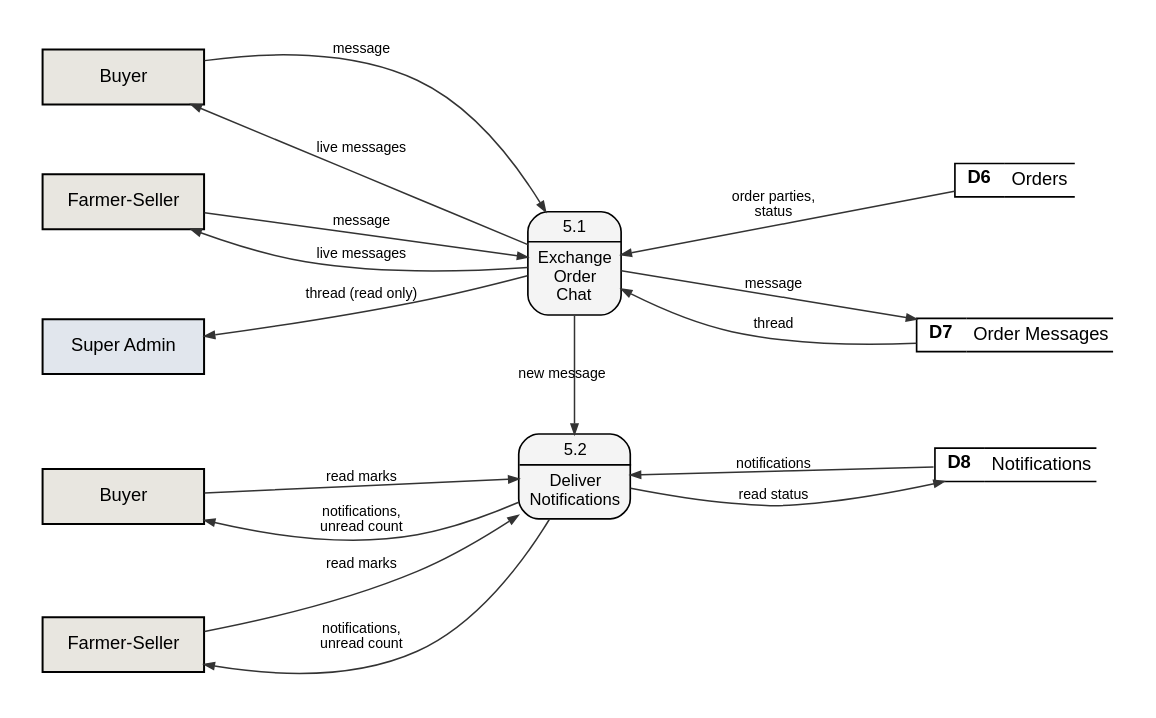
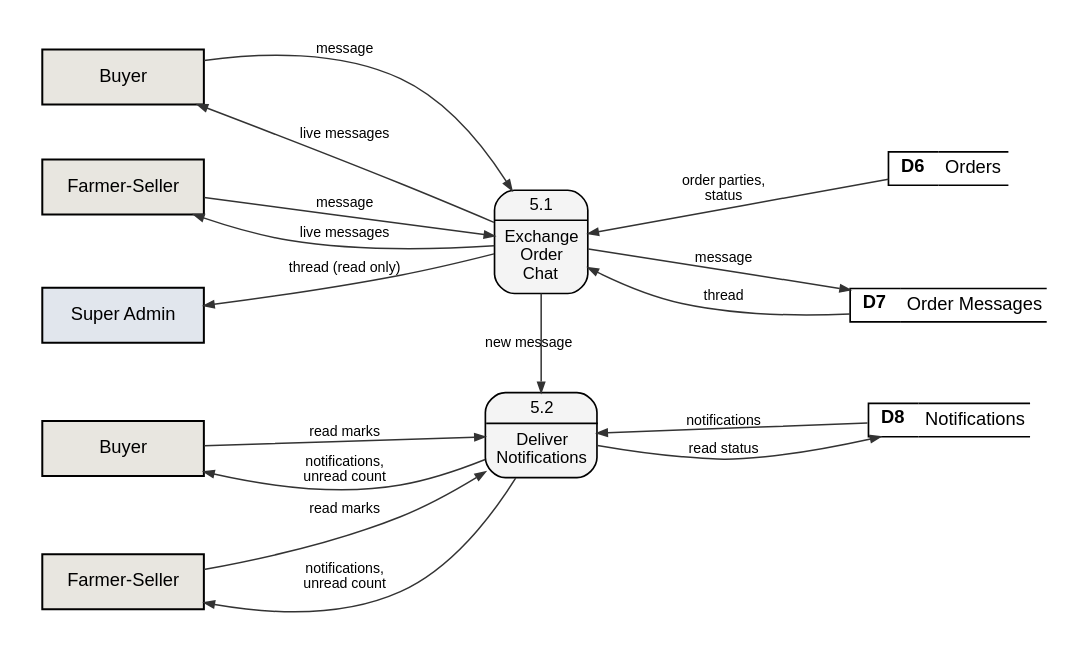
One commit to shawncastaneda11-commits/anihow-backend changed the diagram in docs/manuscript/figures/src/fig6_2_5_dfd_level2.dot. Above: the diagram before and after it, drawn with Graphviz. The commit also changed 40 other files, not shown here.

First line of the commit message:
docs(manuscript): tune diagram spacing to keep on-page text larger

```diff
--- a/docs/manuscript/figures/src/fig6_2_5_dfd_level2.dot
+++ b/docs/manuscript/figures/src/fig6_2_5_dfd_level2.dot
@@ -1,35 +1,35 @@
 // Data flow diagram, level 2, process 5.0 Coordinate Orders and Notify.
 digraph G {
-  graph [rankdir=LR, nodesep=0.5, ranksep=1.7, pad=0.25, fontname="Liberation Sans", newrank=true, splines=spline, concentrate=false];
+  graph [rankdir=LR, nodesep=0.42, ranksep=1.4, pad=0.25, fontname="Liberation Sans", newrank=true, splines=spline, concentrate=false];
   node  [fontname="Liberation Sans", fontsize=11];
   edge  [penwidth=0.9, arrowsize=0.6, color="#333333", fontname="Liberation Sans", fontsize=8.5];
   q5a [shape=plaintext, margin=0, width=0, height=0, label=<<TABLE STYLE="ROUNDED" BORDER="1" CELLBORDER="0" CELLSPACING="0" CELLPADDING="3" BGCOLOR="#F4F4F4"><TR><TD><FONT POINT-SIZE="10.5">5.1</FONT></TD></TR><HR/><TR><TD CELLPADDING="5"><FONT POINT-SIZE="10.5">Exchange<BR/>Order<BR/>Chat</FONT></TD></TR></TABLE>>];
   by_q5a [shape=box, style=filled, fillcolor="#E8E6E0", penwidth=1.2, width=1.35, height=0.46, label="Buyer", comment="gsdup"];
   fs_q5a [shape=box, style=filled, fillcolor="#E8E6E0", penwidth=1.2, width=1.35, height=0.46, label="Farmer-Seller", comment="gsdup"];
   D6_q5a [shape=plaintext, margin=0, width=0, height=0, label=<<TABLE BORDER="0" CELLBORDER="1" CELLSPACING="0" CELLPADDING="3"><TR><TD SIDES="TBL" WIDTH="30"><B>D6</B></TD><TD SIDES="TB" ALIGN="LEFT">Orders</TD></TR></TABLE>>];
   D7_q5a [shape=plaintext, margin=0, width=0, height=0, label=<<TABLE BORDER="0" CELLBORDER="1" CELLSPACING="0" CELLPADDING="3"><TR><TD SIDES="TBL" WIDTH="30"><B>D7</B></TD><TD SIDES="TB" ALIGN="LEFT">Order Messages</TD></TR></TABLE>>];
   sa_q5a [shape=box, style=filled, fillcolor="#E1E6ED", penwidth=1.2, width=1.35, height=0.46, label="Super Admin"];
   q5b [shape=plaintext, margin=0, width=0, height=0, label=<<TABLE STYLE="ROUNDED" BORDER="1" CELLBORDER="0" CELLSPACING="0" CELLPADDING="3" BGCOLOR="#F4F4F4"><TR><TD><FONT POINT-SIZE="10.5">5.2</FONT></TD></TR><HR/><TR><TD CELLPADDING="5"><FONT POINT-SIZE="10.5">Deliver<BR/>Notifications</FONT></TD></TR></TABLE>>];
   by_q5b [shape=box, style=filled, fillcolor="#E8E6E0", penwidth=1.2, width=1.35, height=0.46, label="Buyer", comment="gsdup"];
   fs_q5b [shape=box, style=filled, fillcolor="#E8E6E0", penwidth=1.2, width=1.35, height=0.46, label="Farmer-Seller", comment="gsdup"];
   D8_q5b [shape=plaintext, margin=0, width=0, height=0, label=<<TABLE BORDER="0" CELLBORDER="1" CELLSPACING="0" CELLPADDING="3"><TR><TD SIDES="TBL" WIDTH="30"><B>D8</B></TD><TD SIDES="TB" ALIGN="LEFT">Notifications</TD></TR></TABLE>>];
   by_q5a -> q5a [label="message"];
   fs_q5a -> q5a [label="message"];
   q5a -> D6_q5a [label="order parties,\nstatus", dir=back];
   q5a -> D7_q5a [label="message"];
   q5a -> D7_q5a [label="thread", dir=back];
   by_q5a -> q5a [label="live messages", dir=back];
   fs_q5a -> q5a [label="live messages", dir=back];
   sa_q5a -> q5a [label="thread (read only)", dir=back];
   q5a -> q5b [label="new message", constraint=false];
   q5b -> D8_q5b [label="notifications", dir=back];
   by_q5b -> q5b [label="read marks"];
   fs_q5b -> q5b [label="read marks"];
   q5b -> D8_q5b [label="read status"];
   by_q5b -> q5b [label="notifications,\nunread count", dir=back];
   fs_q5b -> q5b [label="notifications,\nunread count", dir=back];
   {rank=same; by_q5a; fs_q5a; sa_q5a; by_q5b; fs_q5b}
   {rank=same; D6_q5a; D7_q5a; D8_q5b}
   {rank=same; q5a; q5b}
   q5a -> q5b [style=invis, weight=10];
 }
```
